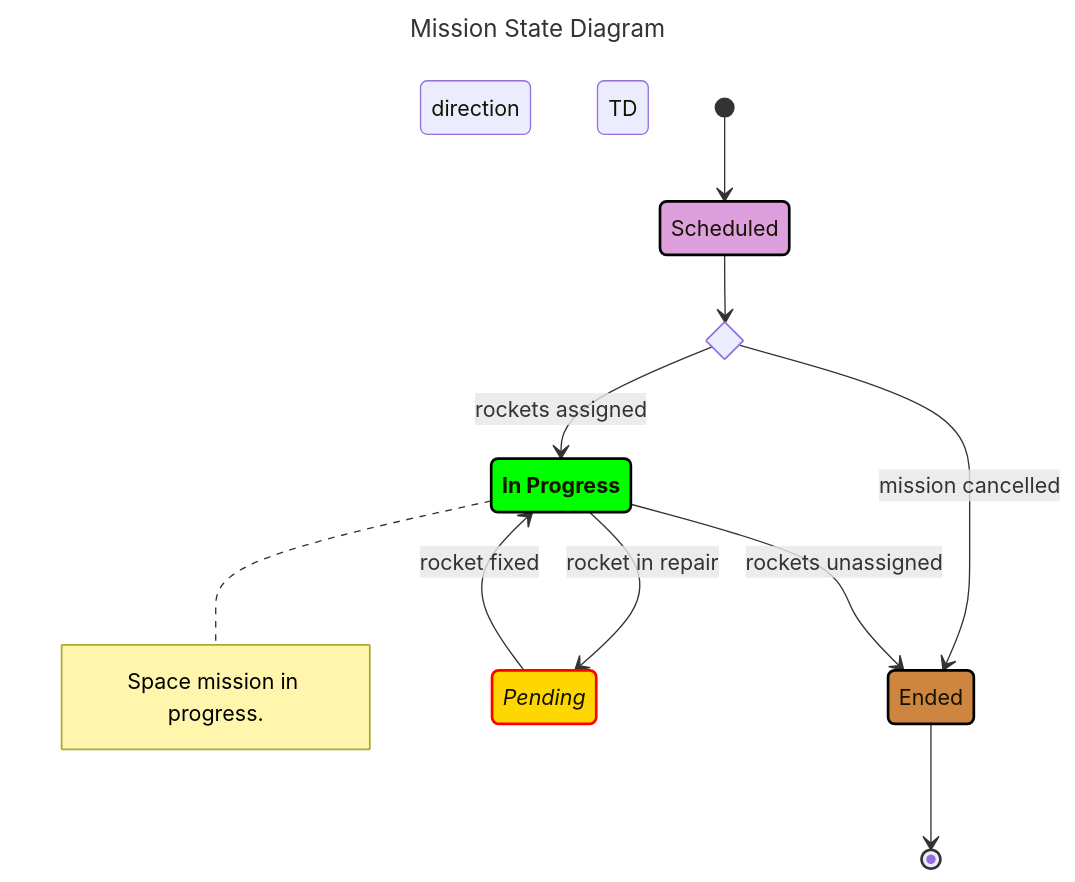
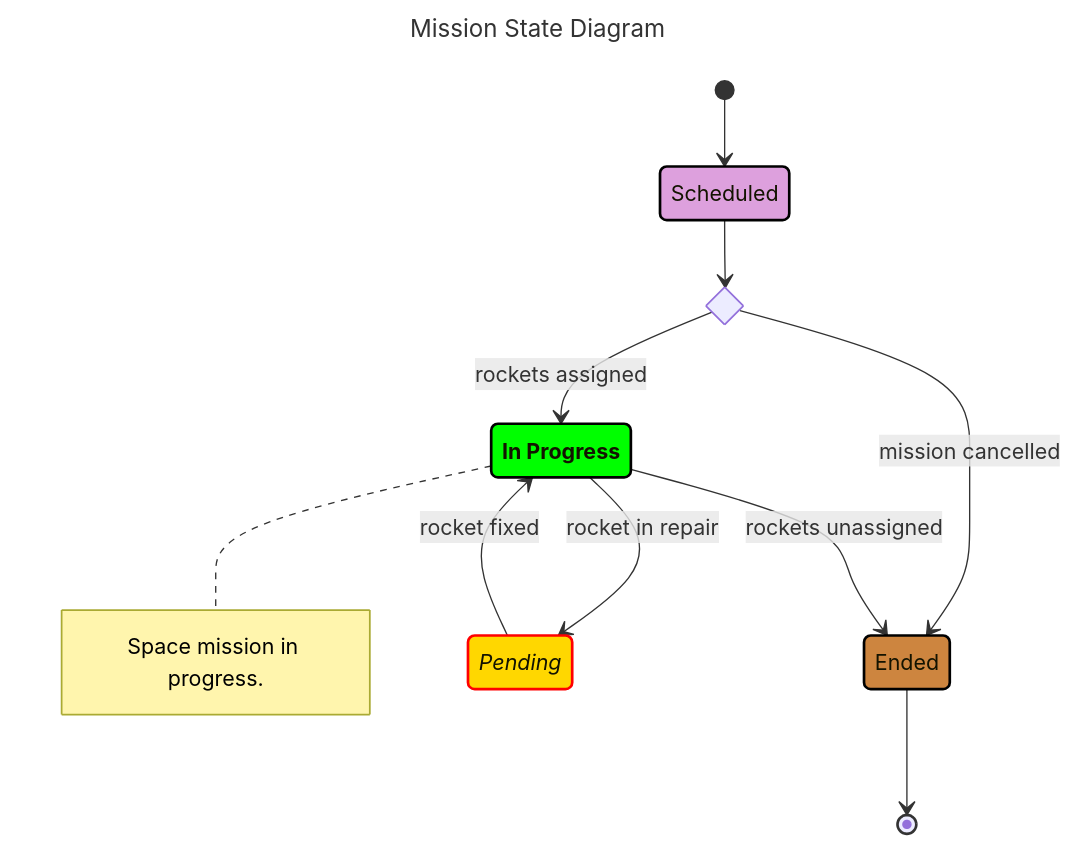
The second of 3 diagrams in docs/README.md (Ee-Cs/RecruitmentTaskS2), drawn with Mermaid before and after one commit.

````diff
--- a/docs/README.md
+++ b/docs/README.md
@@ -47,33 +47,33 @@
 ```mermaid
 ---
 title: Mission State Diagram
 ---
 stateDiagram
-direction TD
+direction TB
 
 %% State definitions
 state "Scheduled" as SCH
 state CHO <<choice>>
 state "In Progress" as PRG
 note right of PRG
   Space mission in progress.
 end note
 state "Pending" as PND
 state "Ended" as END
 
 %% Transitions
 [*] --> SCH:::schedClass
 SCH --> CHO
 CHO --> PRG:::progClass : rockets assigned
 CHO --> END:::endClass : mission cancelled
 PRG --> PND:::pendClass : rocket in repair
 PND --> PRG : rocket fixed
 PRG --> END : rockets unassigned
 END --> [*]
 
 %% Style definitions
 classDef schedClass fill: plum, stroke: #000, stroke-width: 2px
 classDef progClass fill: lime, stroke: #000, stroke-width: 2px,font-weight:bold
 classDef pendClass fill: gold, stroke: #000, stroke-width: 2px, font-style:italic,stroke-width:2px,stroke:red
 classDef endClass fill: peru, stroke: #000, stroke-width: 2px
 ```
````
